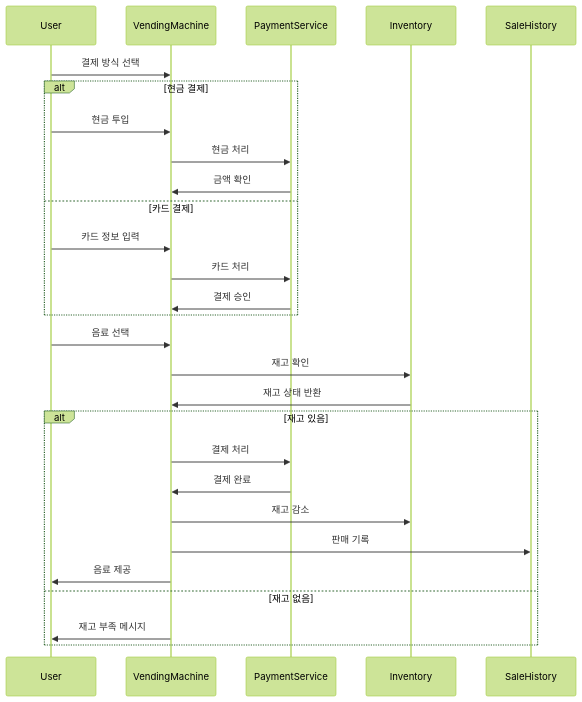
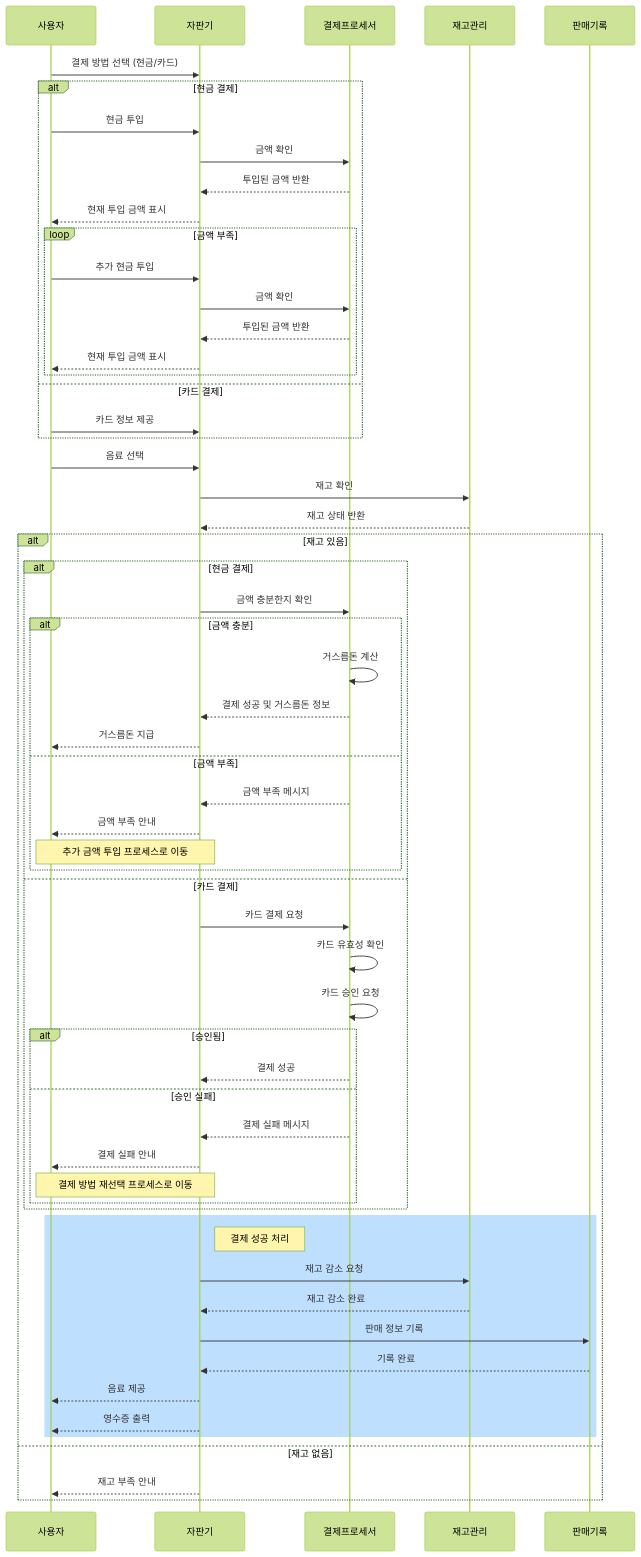
One commit to hj1105/heejae-vending-machine changed the first of 4 diagrams in README.md. Above: the diagram before and after it, drawn with Mermaid (forest theme). The commit also changed other lines of this file, not shown here.

````diff
--- a/README.md
+++ b/README.md
@@ -26,33 +26,70 @@
 ```mermaid
 sequenceDiagram
-    participant User
-    participant VendingMachine
-    participant PaymentService
-    participant Inventory
-    participant SaleHistory
+    participant 사용자
+    participant 자판기
+    participant 결제프로세서
+    participant 재고관리
+    participant 판매기록
 
-    User->>VendingMachine: 결제 방식 선택
+    사용자->>자판기: 결제 방법 선택 (현금/카드)
+    
     alt 현금 결제
-        User->>VendingMachine: 현금 투입
-        VendingMachine->>PaymentService: 현금 처리
-        PaymentService->>VendingMachine: 금액 확인
+        사용자->>자판기: 현금 투입
+        자판기->>결제프로세서: 금액 확인
+        결제프로세서-->>자판기: 투입된 금액 반환
+        자판기-->>사용자: 현재 투입 금액 표시
+        
+        loop 금액 부족
+            사용자->>자판기: 추가 현금 투입
+            자판기->>결제프로세서: 금액 확인
+            결제프로세서-->>자판기: 투입된 금액 반환
+            자판기-->>사용자: 현재 투입 금액 표시
+        end
     else 카드 결제
-        User->>VendingMachine: 카드 정보 입력
-        VendingMachine->>PaymentService: 카드 처리
-        PaymentService->>VendingMachine: 결제 승인
+        사용자->>자판기: 카드 정보 제공
     end
-
-    User->>VendingMachine: 음료 선택
-    VendingMachine->>Inventory: 재고 확인
-    Inventory->>VendingMachine: 재고 상태 반환
+    
+    사용자->>자판기: 음료 선택
+    자판기->>재고관리: 재고 확인
+    재고관리-->>자판기: 재고 상태 반환
     
     alt 재고 있음
-        VendingMachine->>PaymentService: 결제 처리
-        PaymentService->>VendingMachine: 결제 완료
-        VendingMachine->>Inventory: 재고 감소
-        VendingMachine->>SaleHistory: 판매 기록
-        VendingMachine->>User: 음료 제공
+        alt 현금 결제
+            자판기->>결제프로세서: 금액 충분한지 확인
+            
+            alt 금액 충분
+                결제프로세서->>결제프로세서: 거스름돈 계산
+                결제프로세서-->>자판기: 결제 성공 및 거스름돈 정보
+                자판기-->>사용자: 거스름돈 지급
+            else 금액 부족
+                결제프로세서-->>자판기: 금액 부족 메시지
+                자판기-->>사용자: 금액 부족 안내
+                note over 자판기,사용자: 추가 금액 투입 프로세스로 이동
+            end
+        else 카드 결제
+            자판기->>결제프로세서: 카드 결제 요청
+            결제프로세서->>결제프로세서: 카드 유효성 확인
+            결제프로세서->>결제프로세서: 카드 승인 요청
+            
+            alt 승인됨
+                결제프로세서-->>자판기: 결제 성공
+            else 승인 실패
+                결제프로세서-->>자판기: 결제 실패 메시지
+                자판기-->>사용자: 결제 실패 안내
+                note over 자판기,사용자: 결제 방법 재선택 프로세스로 이동
+            end
+        end
+        
+        rect rgb(191, 223, 255)
+            note right of 자판기: 결제 성공 처리
+            자판기->>재고관리: 재고 감소 요청
+            재고관리-->>자판기: 재고 감소 완료
+            자판기->>판매기록: 판매 정보 기록
+            판매기록-->>자판기: 기록 완료
+            자판기-->>사용자: 음료 제공
+            자판기-->>사용자: 영수증 출력
+        end
     else 재고 없음
-        VendingMachine->>User: 재고 부족 메시지
+        자판기-->>사용자: 재고 부족 안내
     end
 ```
````
